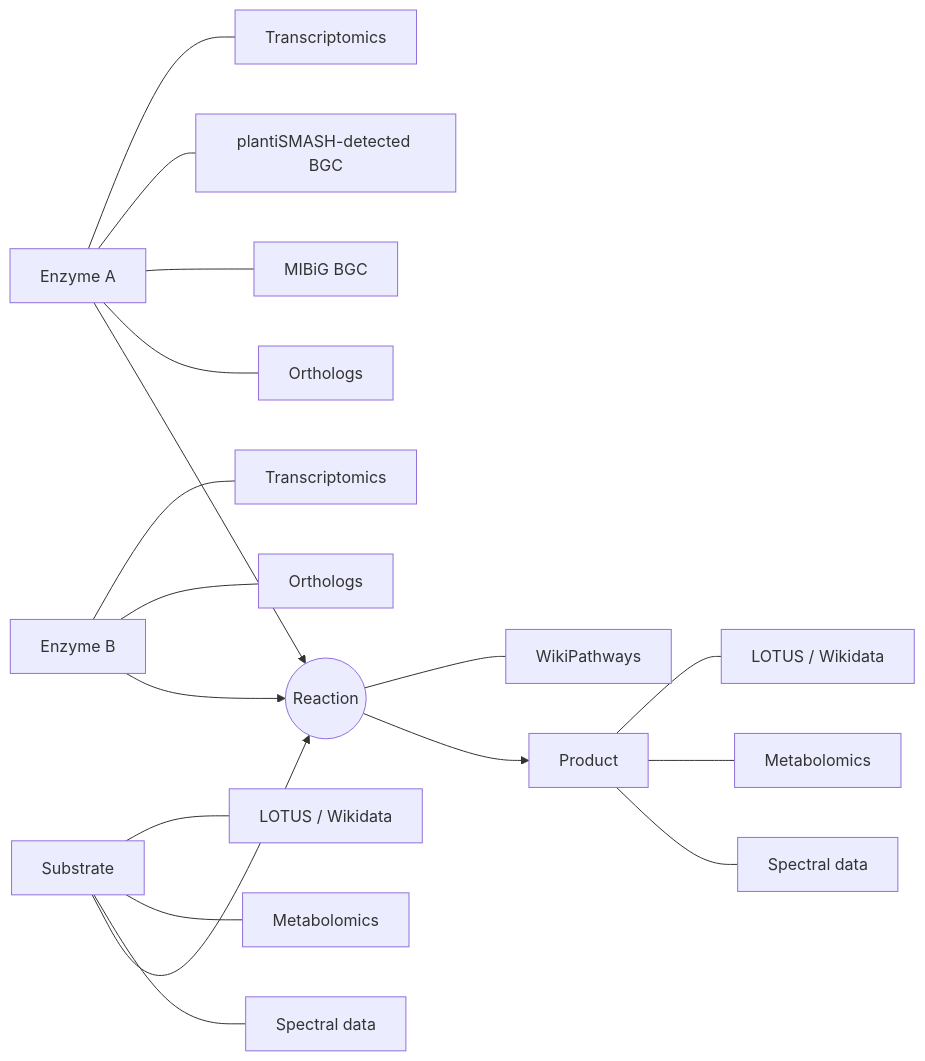
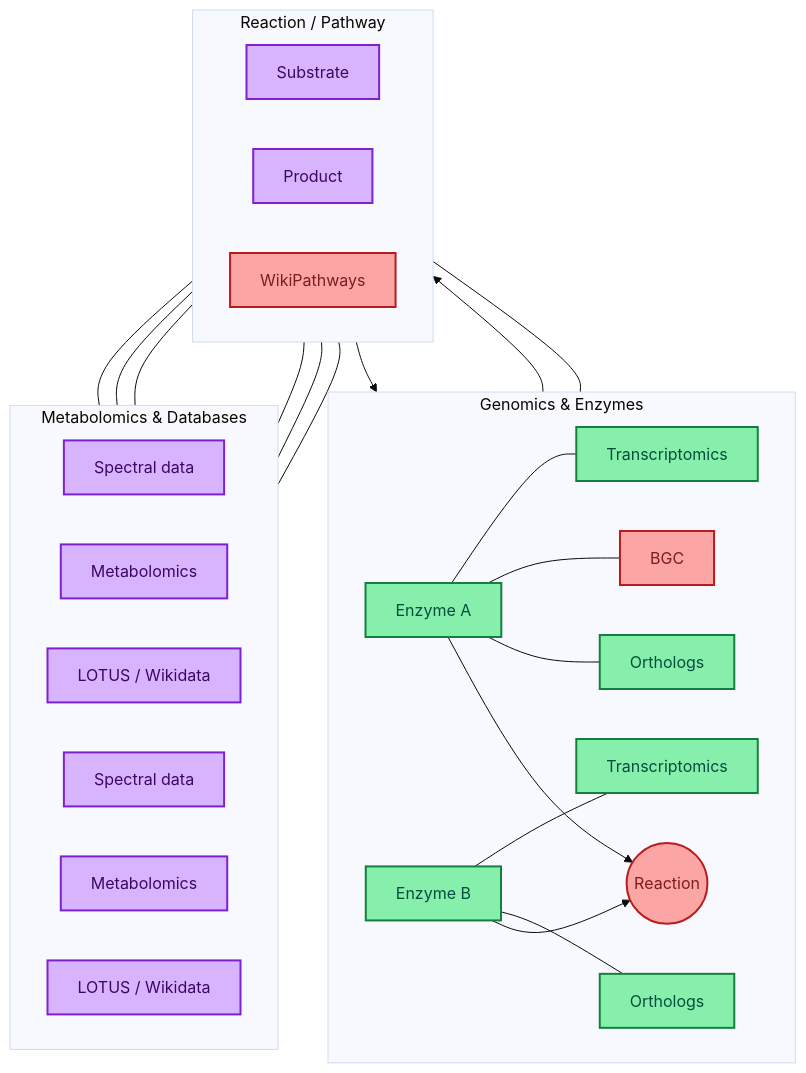
The diagram in README.md (pathway-lod/lod-pathways-community), drawn with Mermaid before and after one commit.

Commit message:
Create subgraph and styling for mermaid

````diff
--- a/README.md
+++ b/README.md
@@ -32,31 +32,49 @@
 ```mermaid
+%%{init: {"theme": "base", "themeVariables": {"fontSize": "16px"}}}%%
 
-flowchart LR
-  S[Substrate] --> R((Reaction))
-  R --> P[Product]
+flowchart TD
 
-  %% Enzymes in plantiSMASH clusters
-  E1[Enzyme A] --> R
-  E2[Enzyme B] --> R
+%% =========================
+%%   GENOMICS / ENZYMES (TOP)
+%% =========================
+subgraph A[Genomics & Enzymes]
+direction LR
+  E1[Enzyme A]:::genomic --> R
+  E2[Enzyme B]:::genomic --> R
+  E1 --- O1[Orthologs]:::genomic
+  E1 --- B1[BGC]:::reaction
+  E1 --- T1[Transcriptomics]:::genomic
+  E2 --- O2[Orthologs]:::genomic
+  E2 --- T2[Transcriptomics]:::genomic
+end
 
-  %% Per-enzyme context
-  E1 --- O1[Orthologs]
-  E1 --- B1[MIBiG BGC]
-  E1 --- B2[plantiSMASH-detected BGC]
-  E1 --- T1[Transcriptomics]
-  E2 --- O2[Orthologs]
-  E2 --- T2[Transcriptomics]
+%% =========================
+%%   REACTION / PATHWAY (MIDDLE)
+%% =========================
+subgraph B[Reaction / Pathway]
+direction LR
+  S[Substrate]:::chemical --> R((Reaction)):::reaction --> P[Product]:::chemical
+  R --- WP[WikiPathways]:::reaction
+end
 
-  %% Evidence for substrate
-  S --- SS[Spectral data]
-  S --- SM[Metabolomics]
-  S --- SN[LOTUS / Wikidata]
+%% =========================
+%%   METABOLOMICS / EVIDENCE (BOTTOM)
+%% =========================
+subgraph C[Metabolomics & Databases]
+direction LR
+  S --- SS[Spectral data]:::chemical
+  S --- SM[Metabolomics]:::chemical
+  S --- SN[LOTUS / Wikidata]:::chemical
 
-  %% Evidence for product
-  P --- PS1[Spectral data]
-  P --- PM[Metabolomics]
-  P --- PN[LOTUS / Wikidata]
+  P --- PS1[Spectral data]:::chemical
+  P --- PM[Metabolomics]:::chemical
+  P --- PN[LOTUS / Wikidata]:::chemical
+end
 
-  %% Curated knowledge
-  R --- WP[WikiPathways]
+%% =========================
+%%   COLORS
+%% =========================
+classDef reaction fill:#fca5a5,stroke:#b91c1c,stroke-width:2px,color:#7f1d1d;
+classDef genomic  fill:#86efac,stroke:#15803d,stroke-width:2px,color:#064e3b;
+classDef chemical fill:#d8b4fe,stroke:#7e22ce,stroke-width:2px,color:#3b0764;
 ```
````
